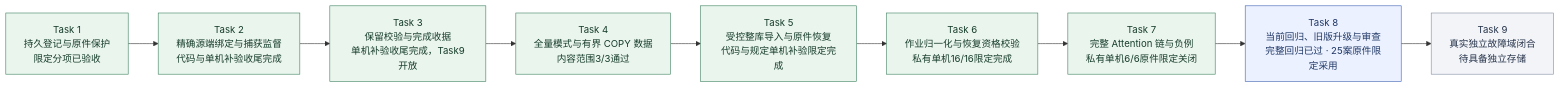
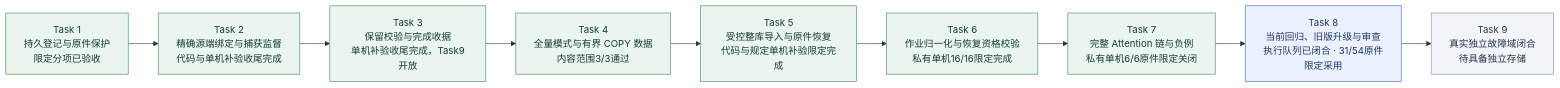
One commit to MansurnamedZhang/learning-system-p0c4 changed the second of 9 diagrams in docs/KnowWeave实施路线与系统架构.md. Above: the diagram before and after it, drawn with Mermaid. The commit also changed other lines of this file and 10 other files, not shown here.

````diff
--- a/docs/KnowWeave实施路线与系统架构.md
+++ b/docs/KnowWeave实施路线与系统架构.md
@@ -81,26 +81,26 @@
 ```mermaid
 flowchart LR
     C4T1["Task 1<br/>持久登记与原件保护<br/>限定分项已验收"]
     C4T2["Task 2<br/>精确源端绑定与捕获监督<br/>代码与单机补验收尾完成"]
     C4T3["Task 3<br/>保留校验与完成收据<br/>单机补验收尾完成，Task9开放"]
     C4T4["Task 4<br/>全量模式与有界 COPY 数据<br/>内容范围3/3通过"]
     C4T5["Task 5<br/>受控整库导入与原件恢复<br/>代码与规定单机补验限定完成"]
     C4T6["Task 6<br/>作业归一化与恢复资格校验<br/>私有单机16/16限定完成"]
     C4T7["Task 7<br/>完整 Attention 链与负例<br/>私有单机6/6原件限定关闭"]
-    C4T8["Task 8<br/>当前回归、旧版升级与审查<br/>完整回归已过 · 25案原件限定采用"]
+    C4T8["Task 8<br/>当前回归、旧版升级与审查<br/>执行队列已闭合 · 31/54原件限定采用"]
     C4T9["Task 9<br/>真实独立故障域闭合<br/>待具备独立存储"]
     C4T1 --> C4T2
     C4T2 --> C4T3
     C4T3 --> C4T4
     C4T4 --> C4T5
     C4T5 --> C4T6
     C4T6 --> C4T7
     C4T7 --> C4T8
     C4T8 --> C4T9
     class C4T1,C4T2,C4T3,C4T4,C4T5,C4T6,C4T7 done
     class C4T8 next
     class C4T9 planned
     classDef done fill:#eaf5ee,stroke:#438363,color:#173d2b
     classDef next fill:#ebf1ff,stroke:#4365b4,color:#203866
     classDef planned fill:#f2f4f8,stroke:#8591a3,color:#28354b
 ```
````
